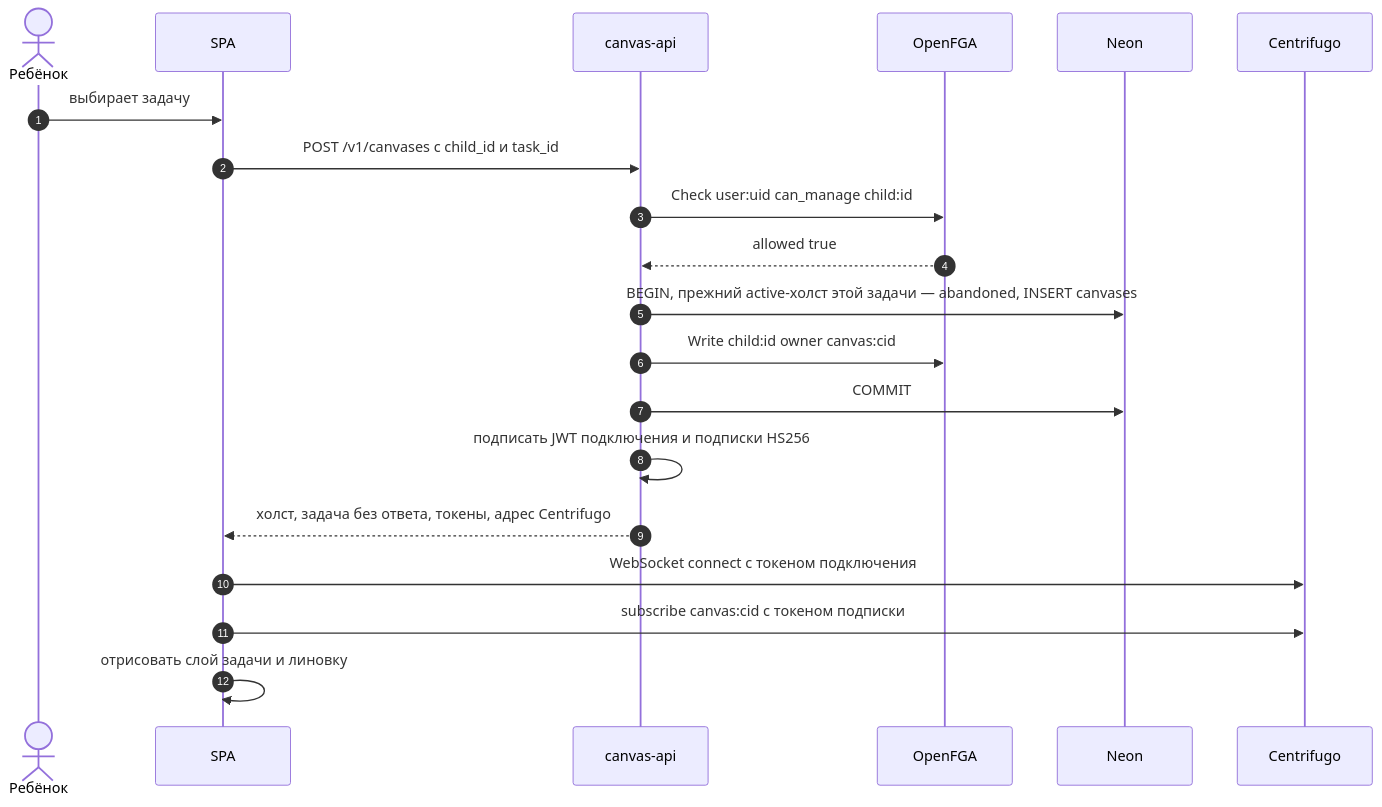
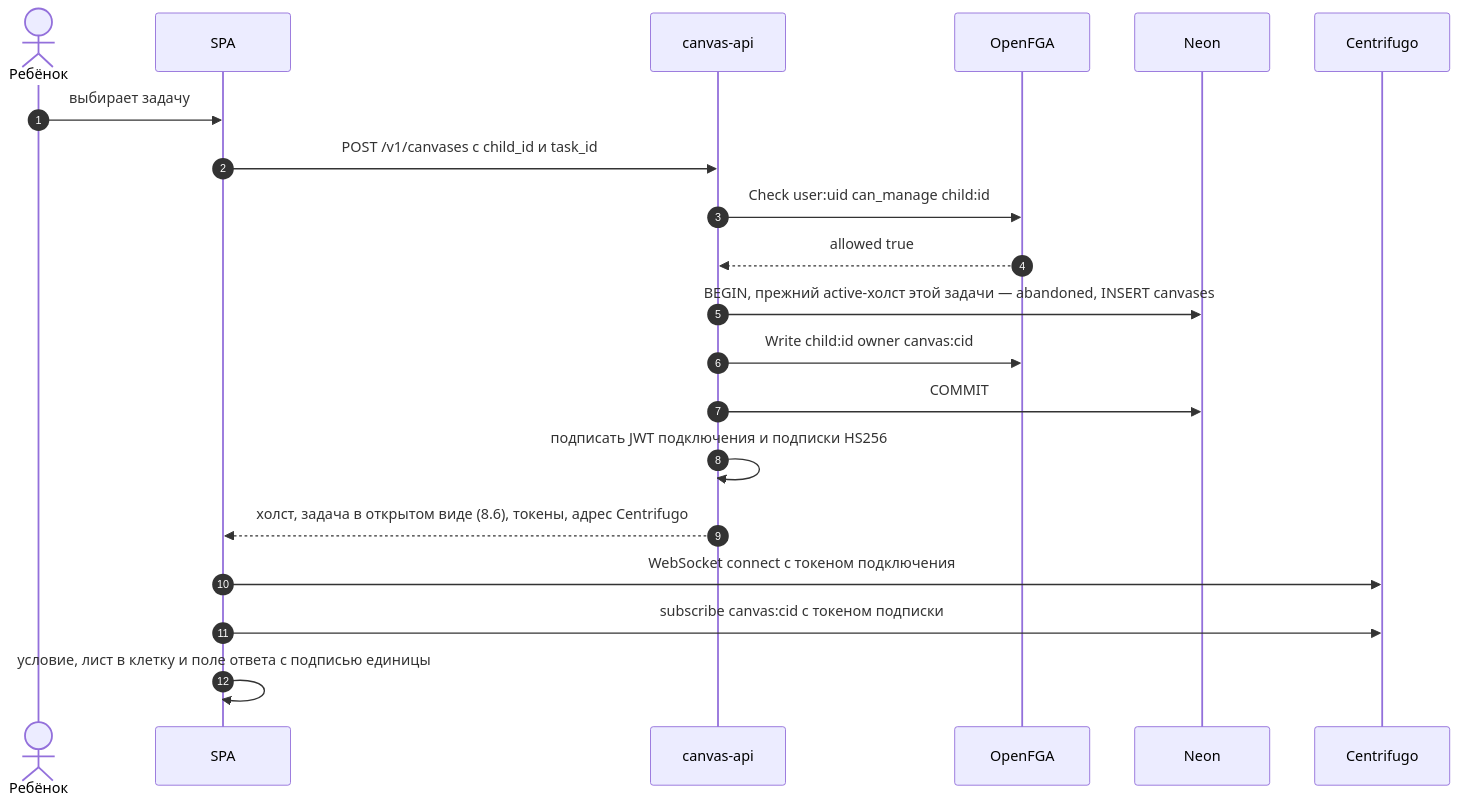
One commit to MathTrail/canvas-api changed the third of 8 diagrams in docs/spec.md. Above: the diagram before and after it, drawn with Mermaid. The commit also changed other lines of this file and 21 other files, not shown here.

````diff
--- a/docs/spec.md
+++ b/docs/spec.md
@@ -872,23 +947,23 @@
 ```mermaid
 sequenceDiagram
     autonumber
     actor C as Ребёнок
     participant S as SPA
     participant A as canvas-api
     participant F as OpenFGA
     participant DB as Neon
     participant CE as Centrifugo
 
     C->>S: выбирает задачу
     S->>A: POST /v1/canvases с child_id и task_id
     A->>F: Check user:uid can_manage child:id
     F-->>A: allowed true
     A->>DB: BEGIN, прежний active-холст этой задачи — abandoned, INSERT canvases
     A->>F: Write child:id owner canvas:cid
     A->>DB: COMMIT
     A->>A: подписать JWT подключения и подписки HS256
-    A-->>S: холст, задача без ответа, токены, адрес Centrifugo
+    A-->>S: холст, задача в открытом виде (8.6), токены, адрес Centrifugo
     S->>CE: WebSocket connect с токеном подключения
     S->>CE: subscribe canvas:cid с токеном подписки
-    S->>S: отрисовать слой задачи и линовку
+    S->>S: условие, лист в клетку и поле ответа с подписью единицы
 ```
````
